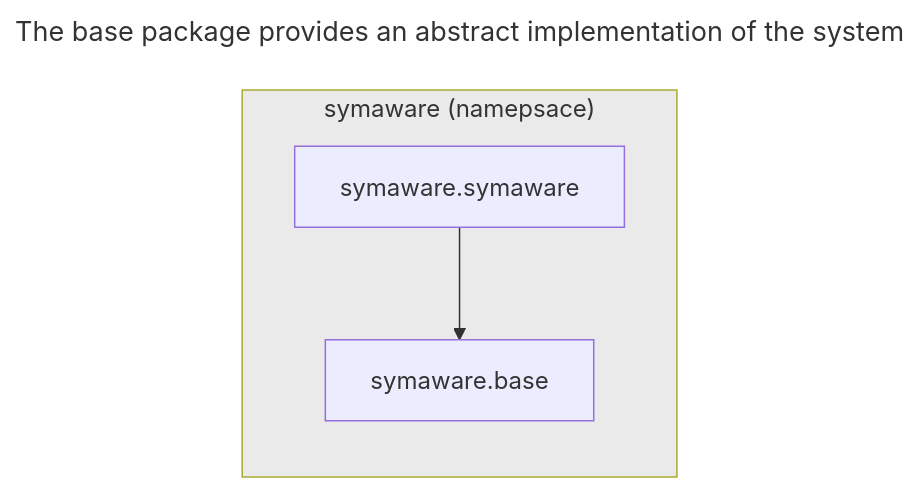
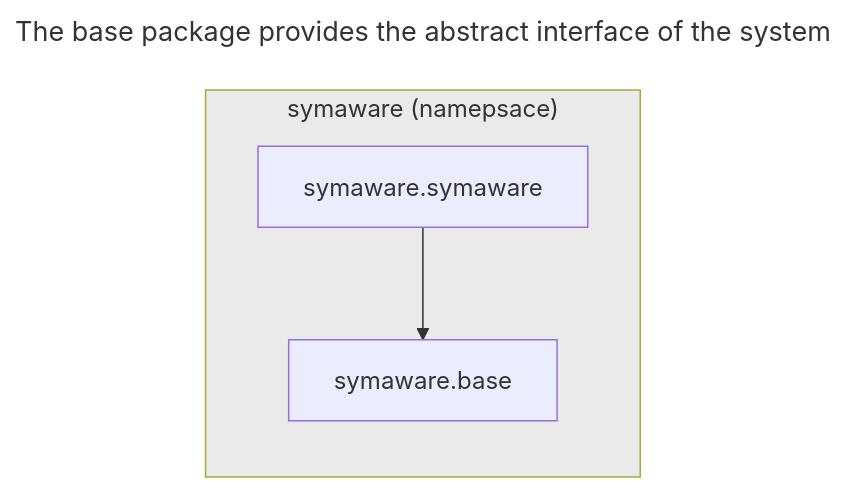
One commit to TendTo/Newcastle-Presentations changed the third of 8 diagrams in presentations/EICSymAware-package/README.md. Above: the diagram before and after it, drawn with Mermaid. The commit also changed other lines of this file and 1 other file, not shown here.

Commit message:
feat: extend symaware package presentation

````diff
--- a/presentations/EICSymAware-package/README.md
+++ b/presentations/EICSymAware-package/README.md
@@ -120,15 +120,15 @@
 ```mermaid
 ---
-title: The base package provides an abstract implementation of the system
+title: The base package provides the abstract interface of the system
 ---
 flowchart RL
     subgraph symawarep["symaware (namepsace)"]
         base[symaware.base]
         symaware[symaware.symaware]
     end
 
     symaware --> base
 
 classDef background fill:#00000015
 class symawarep background;
 ```
````
